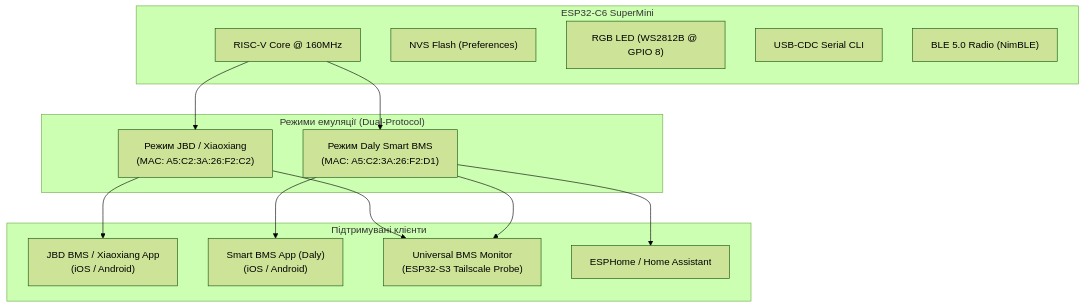
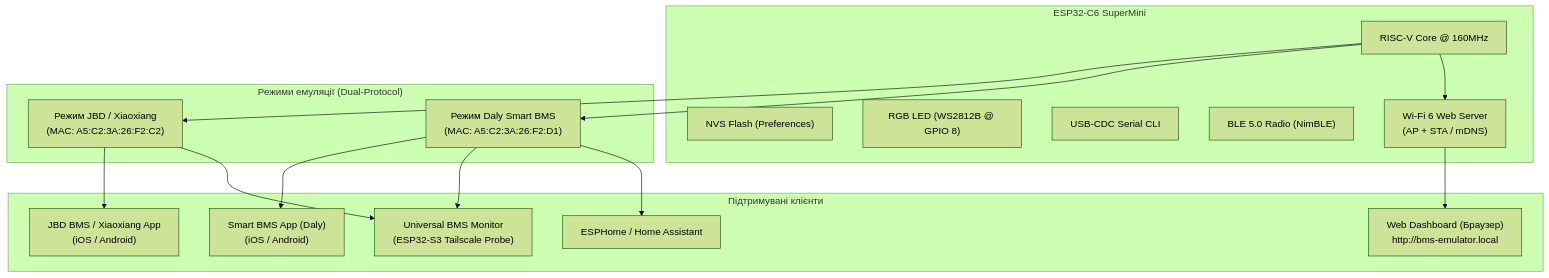
Before and after one commit to tigersumy/JBD-BMS-Emulator-ESP32C6: the diagram in PROJECT_CAPABILITIES_UA.md, drawn with Mermaid (forest theme). The commit also changed other lines of this file and 10 other files, not shown here.

Commit message:
feat(web): add embedded Wi-Fi Web Dashboard, AP Captive Portal, and REST API

````diff
--- a/PROJECT_CAPABILITIES_UA.md
+++ b/PROJECT_CAPABILITIES_UA.md
@@ -26,30 +26,34 @@
 ```mermaid
 flowchart TD
     subgraph Hardware ["ESP32-C6 SuperMini"]
         Core["RISC-V Core @ 160MHz"]
         NVS["NVS Flash (Preferences)"]
         RGB["RGB LED (WS2812B @ GPIO 8)"]
         USB["USB-CDC Serial CLI"]
         BLE["BLE 5.0 Radio (NimBLE)"]
+        WIFI["Wi-Fi 6 Web Server\n(AP + STA / mDNS)"]
     end
 
     subgraph Modes ["Режими емуляції (Dual-Protocol)"]
         JBD["Режим JBD / Xiaoxiang\n(MAC: A5:C2:3A:26:F2:C2)"]
         DALY["Режим Daly Smart BMS\n(MAC: A5:C2:3A:26:F2:D1)"]
     end
 
     subgraph Clients ["Підтримувані клієнти"]
         AppJBD["JBD BMS / Xiaoxiang App\n(iOS / Android)"]
         AppDaly["Smart BMS App (Daly)\n(iOS / Android)"]
+        WebUI["Web Dashboard (Браузер)\nhttp://bms-emulator.local"]
         Probe["Universal BMS Monitor\n(ESP32-S3 Tailscale Probe)"]
         HA["ESPHome / Home Assistant"]
     end
 
     Core --> JBD
     Core --> DALY
+    Core --> WIFI
+    WIFI --> WebUI
     JBD --> AppJBD
     JBD --> Probe
     DALY --> AppDaly
     DALY --> Probe
     DALY --> HA
 ```
````
